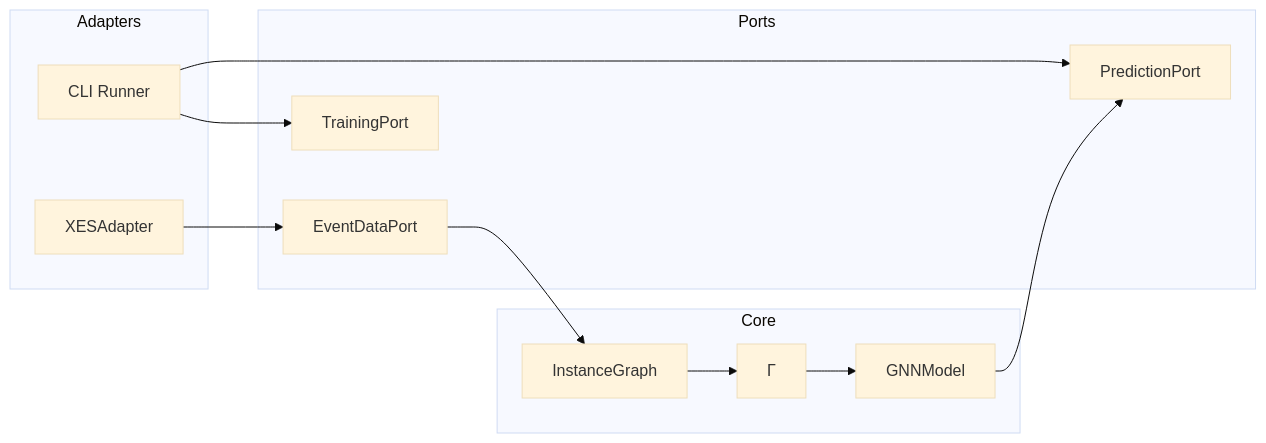
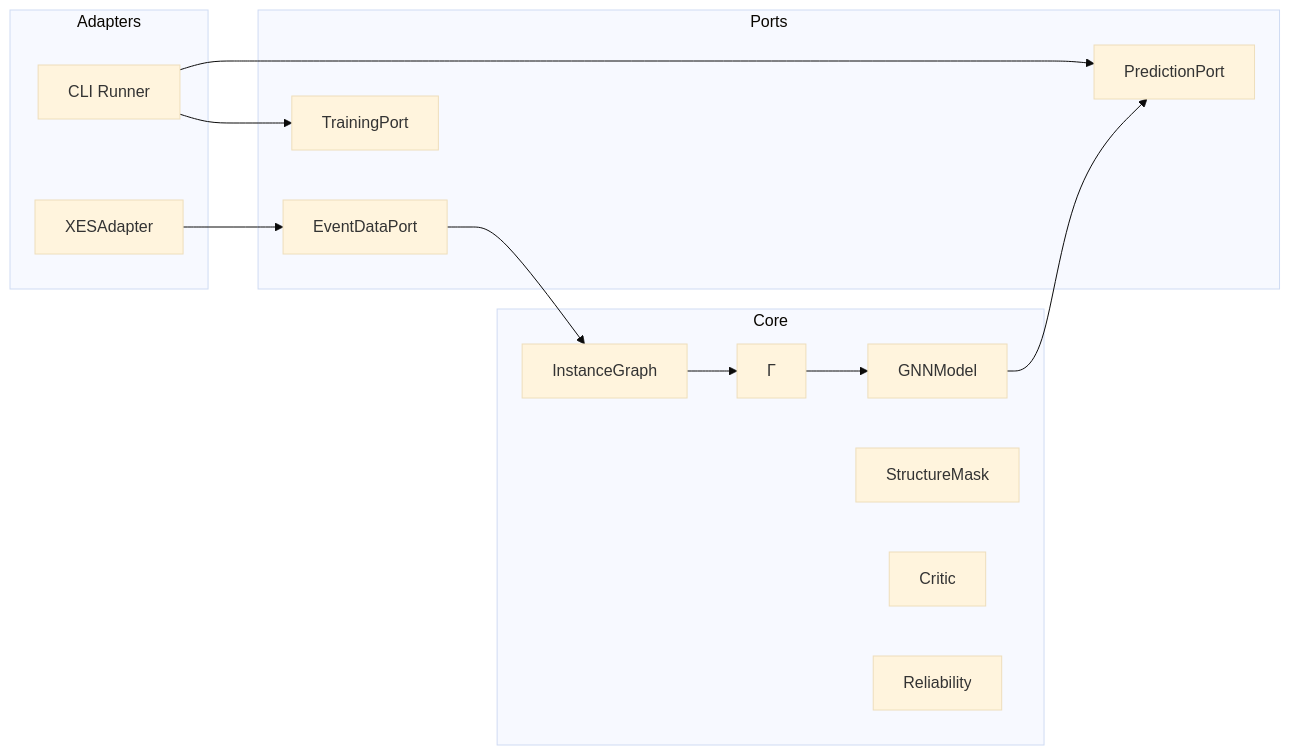
The second of 4 diagrams in ARCHITECTURE_MVP1.MD (ghsrg/bpm_prediction), drawn with Mermaid (base theme) before and after one commit. The commit also changed other lines of this file and 2 other files, not shown here.

````diff
--- a/ARCHITECTURE_MVP1.MD
+++ b/ARCHITECTURE_MVP1.MD
@@ -71,28 +83,31 @@
 ```mermaid
 flowchart LR
     subgraph Core
         Model[GNNModel]
         Fusion[Γ]
         Graph[InstanceGraph]
+        Mask[StructureMask]
+        Critic[Critic]
+        Reliability[Reliability]
     end
 
     subgraph Ports
         DataPort[EventDataPort]
         TrainPort[TrainingPort]
         PredictPort[PredictionPort]
     end
 
     subgraph Adapters
         XESAdapter[XESAdapter]
         CLIAdapter[CLI Runner]
     end
 
     XESAdapter --> DataPort
     CLIAdapter --> TrainPort
     CLIAdapter --> PredictPort
 
     DataPort --> Graph
     Graph --> Fusion
     Fusion --> Model
     Model --> PredictPort
 ```
````
